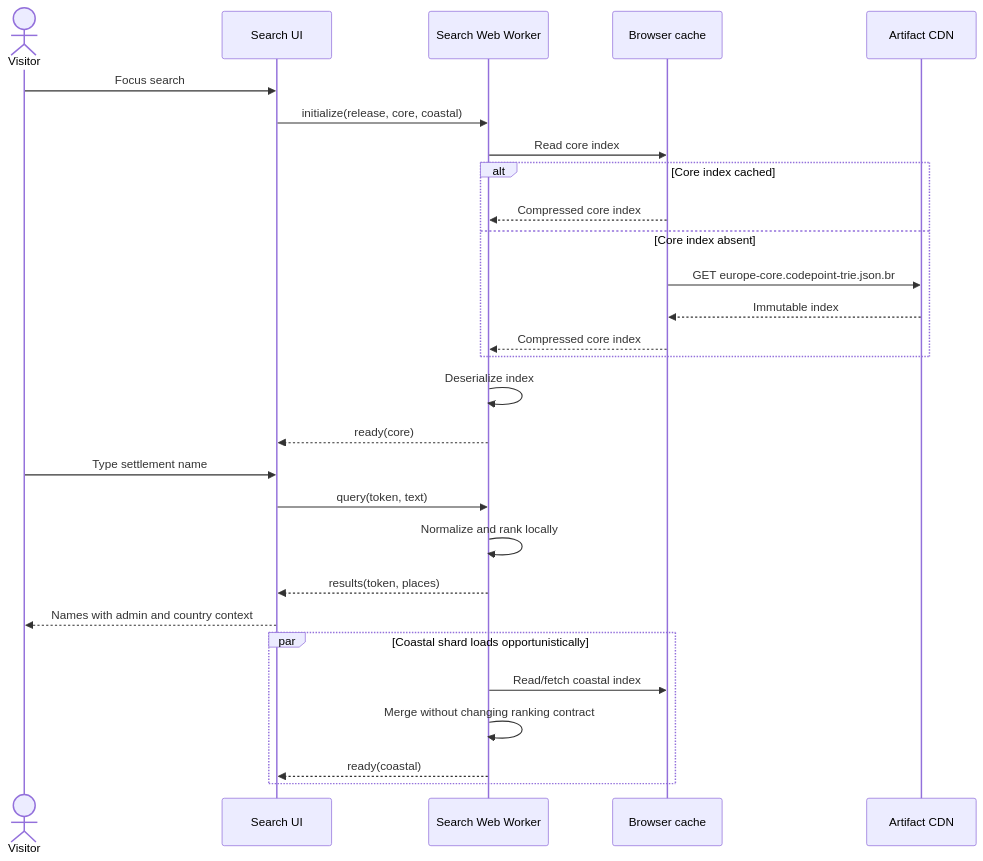
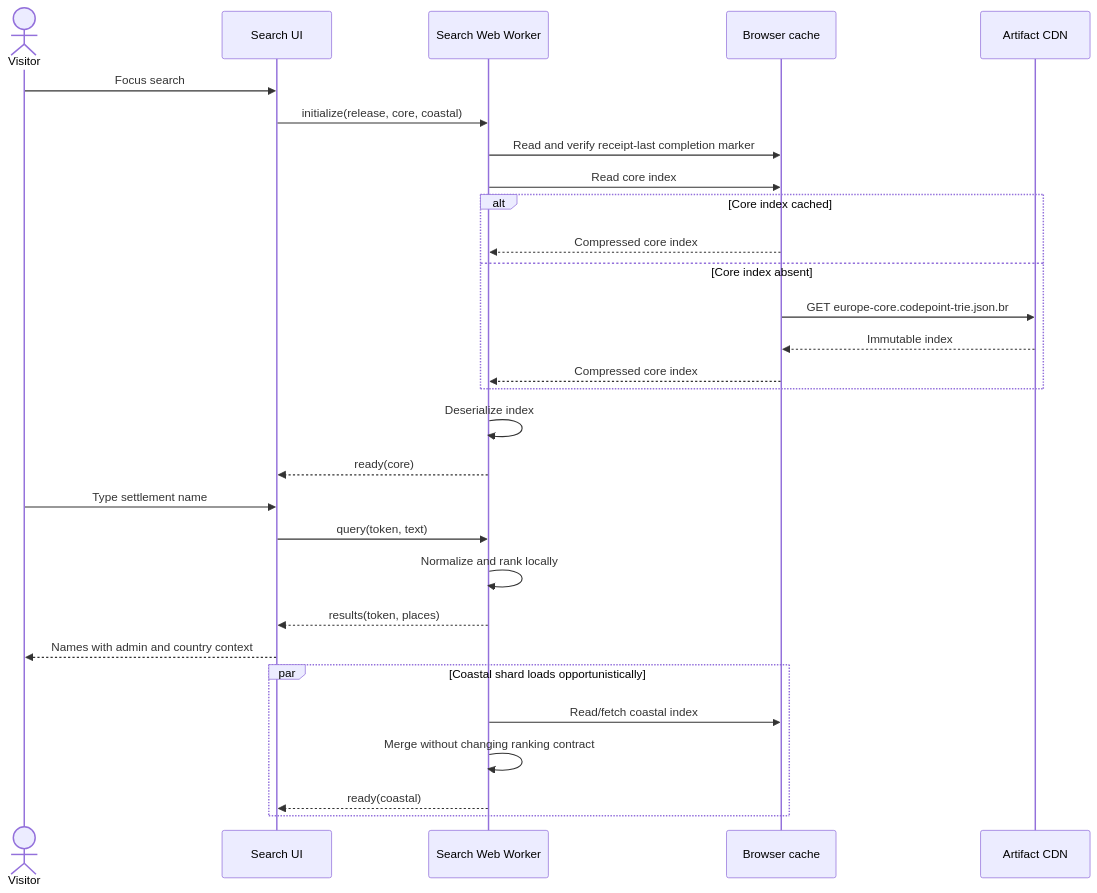
Before and after one commit to artemsemdev/SeaRise-Europe: the second of 8 diagrams in docs/architecture/04-runtime-sequences.md, drawn with Mermaid. The commit also changed 16 other files, not shown here.

````diff
--- a/docs/architecture/04-runtime-sequences.md
+++ b/docs/architecture/04-runtime-sequences.md
@@ -42,31 +42,32 @@
 ```mermaid
 sequenceDiagram
     actor U as Visitor
     participant UI as Search UI
     participant W as Search Web Worker
     participant C as Browser cache
     participant CDN as Artifact CDN
 
     U->>UI: Focus search
     UI->>W: initialize(release, core, coastal)
+    W->>C: Read and verify receipt-last completion marker
     W->>C: Read core index
     alt Core index cached
         C-->>W: Compressed core index
     else Core index absent
         C->>CDN: GET europe-core.codepoint-trie.json.br
         CDN-->>C: Immutable index
         C-->>W: Compressed core index
     end
     W->>W: Deserialize index
     W-->>UI: ready(core)
     U->>UI: Type settlement name
     UI->>W: query(token, text)
     W->>W: Normalize and rank locally
     W-->>UI: results(token, places)
     UI-->>U: Names with admin and country context
     par Coastal shard loads opportunistically
         W->>C: Read/fetch coastal index
         W->>W: Merge without changing ranking contract
         W-->>UI: ready(coastal)
     end
 ```
````
